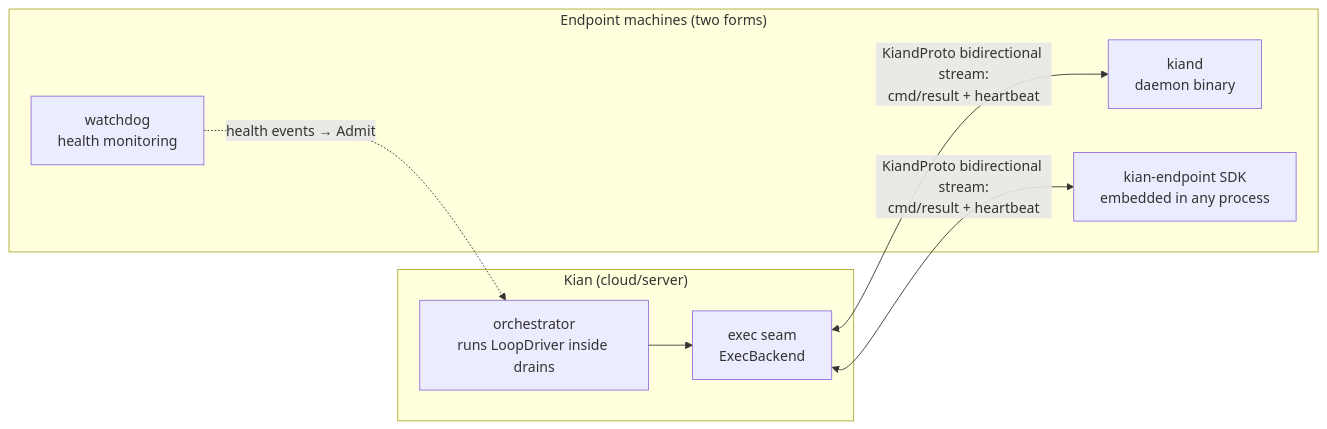
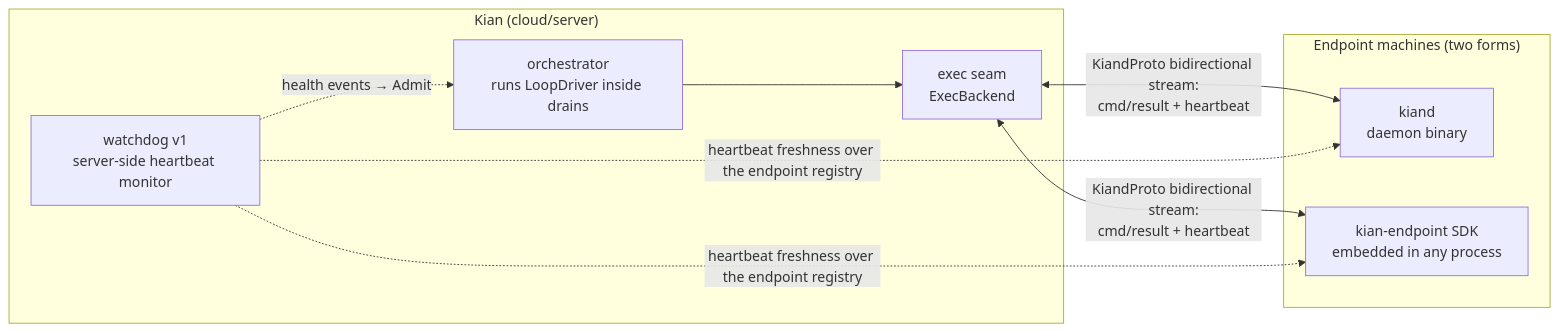
One commit to flyer103/kian changed the seventh of 9 diagrams in design/DESIGN.md. Above: the diagram before and after it, drawn with Mermaid. The commit also changed other lines of this file and 1 other file, not shown here.

````diff
--- a/design/DESIGN.md
+++ b/design/DESIGN.md
@@ -414,15 +437,16 @@
 ```mermaid
 graph LR
     subgraph cloud["Kian (cloud/server)"]
         ORCH[orchestrator<br/>runs LoopDriver inside drains]
         SEAM[exec seam<br/>ExecBackend]
+        WD[watchdog v1<br/>server-side heartbeat monitor]
     end
     subgraph endpoint["Endpoint machines (two forms)"]
         KD[kiand<br/>daemon binary]
         EP[kian-endpoint SDK<br/>embedded in any process]
-        WD[watchdog<br/>health monitoring]
     end
     ORCH --> SEAM
     SEAM <-->|KiandProto bidirectional stream:<br/>cmd/result + heartbeat| KD & EP
+    WD -.->|heartbeat freshness over the endpoint registry| KD & EP
     WD -.->|health events → Admit| ORCH
 ```
````
